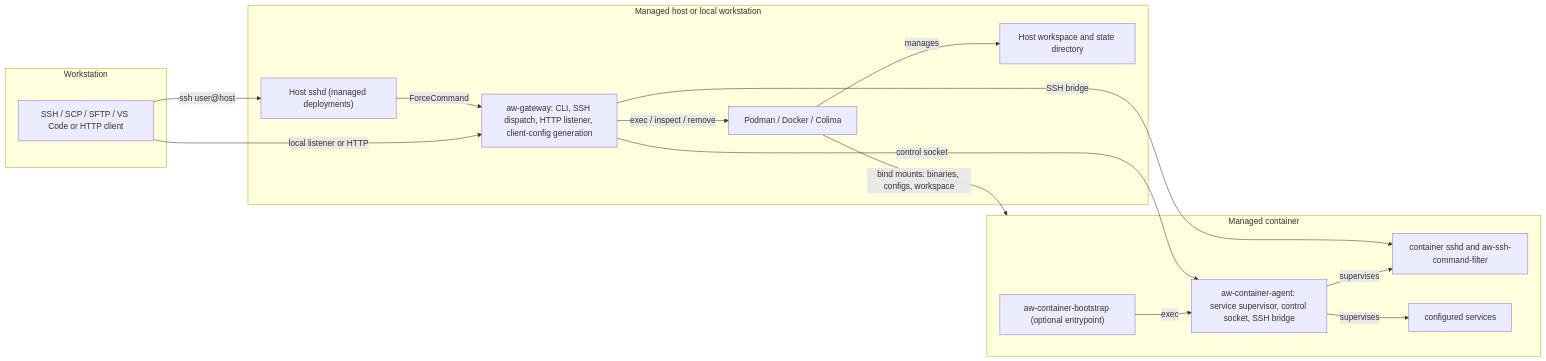
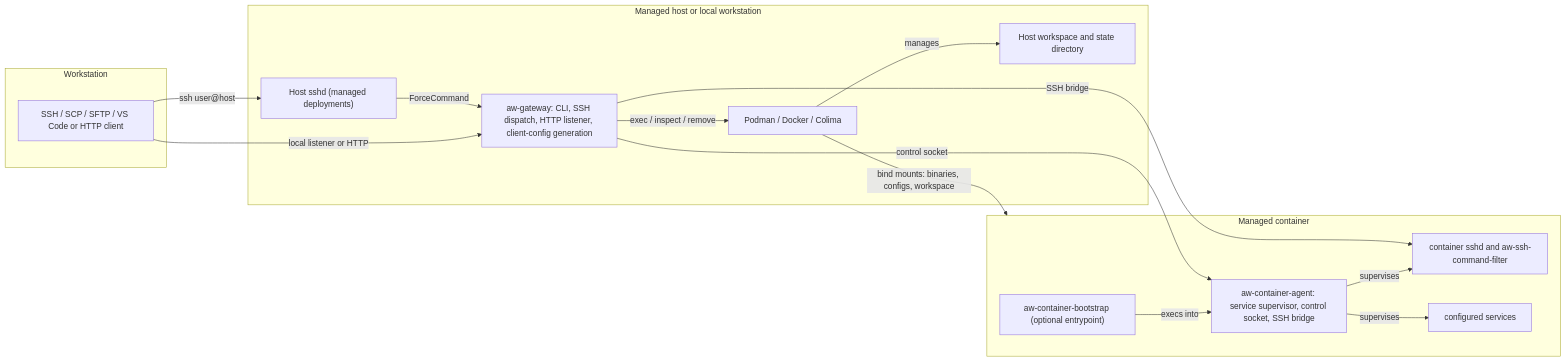
Before and after one commit to kcosr/aw-gateway: the first of 8 diagrams in README.md, drawn with Mermaid. The commit also changed other lines of this file, not shown here.

````diff
--- a/README.md
+++ b/README.md
@@ -143,35 +133,35 @@
 ```mermaid
 flowchart LR
     subgraph workstation["Workstation"]
         client["SSH / SCP / SFTP / VS Code or HTTP client"]
     end
 
     subgraph host["Managed host or local workstation"]
         hostssh["Host sshd (managed deployments)"]
         gw["aw-gateway: CLI, SSH dispatch, HTTP listener, client-config generation"]
         runtime["Podman / Docker / Colima"]
         wsdir["Host workspace and state directory"]
     end
 
     subgraph container["Managed container"]
         boot["aw-container-bootstrap (optional entrypoint)"]
         agent["aw-container-agent: service supervisor, control socket, SSH bridge"]
         sshd["container sshd and aw-ssh-command-filter"]
         svc["configured services"]
     end
 
     client -- "ssh user@host" --> hostssh
     hostssh -- "ForceCommand" --> gw
     client -- "local listener or HTTP" --> gw
 
     gw -- "exec / inspect / remove" --> runtime
     runtime -- "bind mounts: binaries, configs, workspace" --> container
     runtime -- "manages" --> wsdir
 
     gw -- "control socket" --> agent
     gw -- "SSH bridge" --> sshd
 
-    boot -- "exec" --> agent
+    boot -- "execs into" --> agent
     agent -- "supervises" --> sshd
     agent -- "supervises" --> svc
 ```
````
